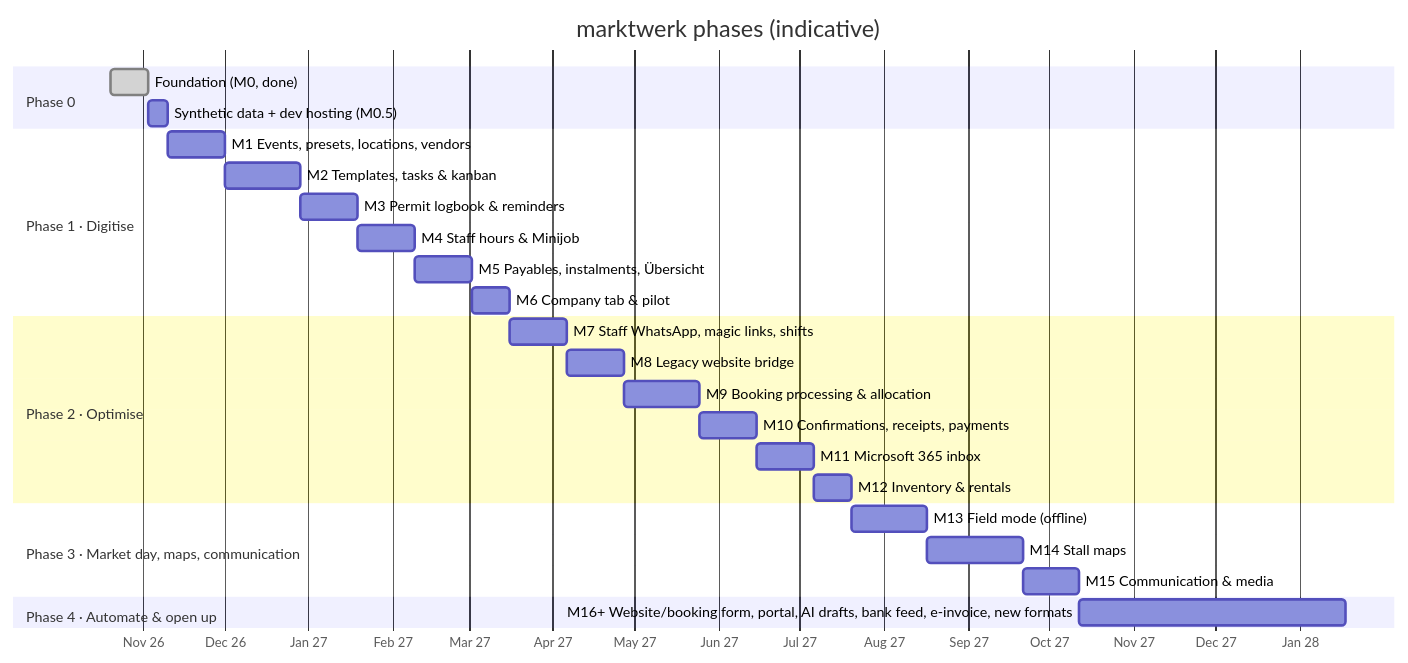
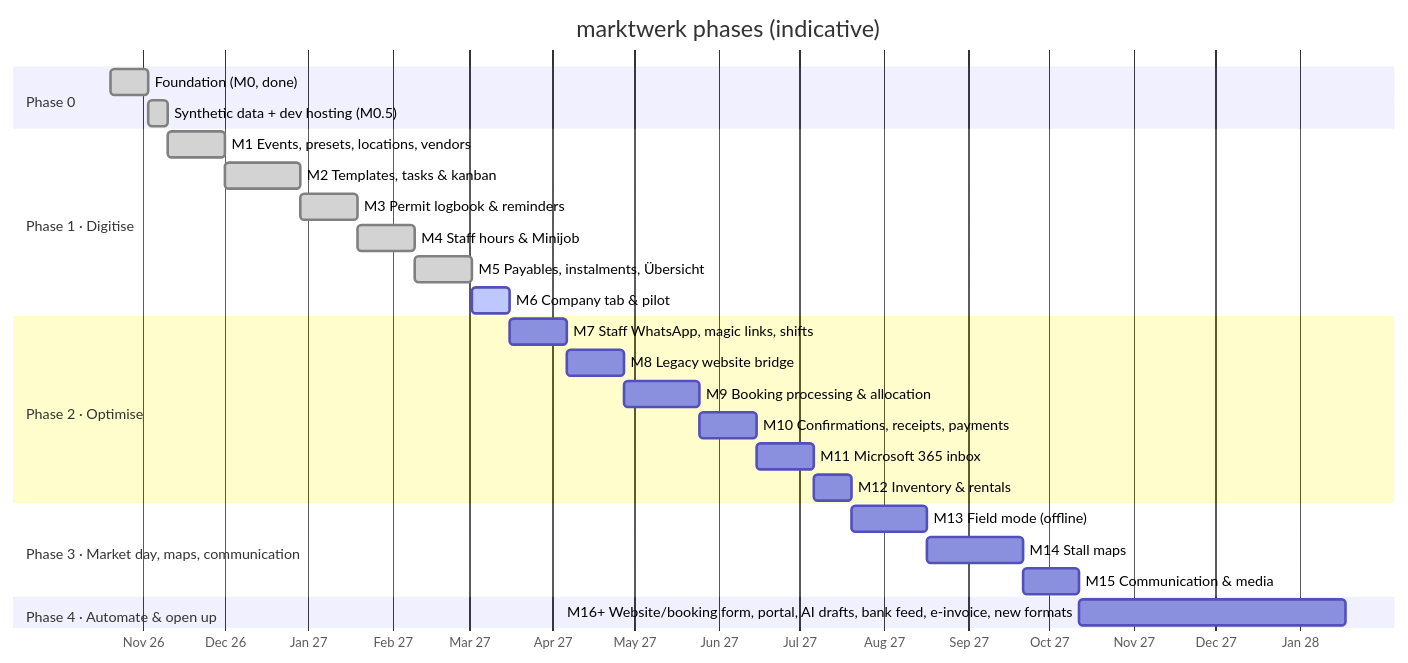
One commit to coelln-konzept/marktwerk changed the diagram in docs/product/roadmap.md. Above: the diagram before and after it, drawn with Mermaid. The commit also changed other lines of this file and 16 other files, not shown here.

First line of the commit message:
docs: one current handoff, roadmap status, superseded decisions marked, archive finished plans

````diff
--- a/docs/product/roadmap.md
+++ b/docs/product/roadmap.md
@@ -16,29 +37,29 @@
 ```mermaid
 gantt
     title marktwerk phases (indicative)
     dateFormat  YYYY-MM-DD
     axisFormat  %b %y
     section Phase 0
     Foundation (M0, done)                    :done, p0, 2026-10-20, 2w
-    Synthetic data + dev hosting (M0.5)      :m05, after p0, 1w
+    Synthetic data + dev hosting (M0.5)      :done, m05, after p0, 1w
     section Phase 1 · Digitise
-    M1 Events, presets, locations, vendors   :m1, after m05, 3w
-    M2 Templates, tasks & kanban             :m2, after m1, 4w
-    M3 Permit logbook & reminders            :m3, after m2, 3w
-    M4 Staff hours & Minijob                 :m4, after m3, 3w
-    M5 Payables, instalments, Übersicht      :m5, after m4, 3w
-    M6 Company tab & pilot                   :m6, after m5, 2w
+    M1 Events, presets, locations, vendors   :done, m1, after m05, 3w
+    M2 Templates, tasks & kanban             :done, m2, after m1, 4w
+    M3 Permit logbook & reminders            :done, m3, after m2, 3w
+    M4 Staff hours & Minijob                 :done, m4, after m3, 3w
+    M5 Payables, instalments, Übersicht      :done, m5, after m4, 3w
+    M6 Company tab & pilot                   :active, m6, after m5, 2w
     section Phase 2 · Optimise
     M7 Staff WhatsApp, magic links, shifts   :m7, after m6, 3w
     M8 Legacy website bridge                 :m8, after m7, 3w
     M9 Booking processing & allocation       :m9, after m8, 4w
     M10 Confirmations, receipts, payments    :m10, after m9, 3w
     M11 Microsoft 365 inbox                  :m11, after m10, 3w
     M12 Inventory & rentals                  :m12, after m11, 2w
     section Phase 3 · Market day, maps, communication
     M13 Field mode (offline)                 :m13, after m12, 4w
     M14 Stall maps                           :m14, after m13, 5w
     M15 Communication & media                :m15, after m14, 3w
     section Phase 4 · Automate & open up
     M16+ Website/booking form, portal, AI drafts, bank feed, e-invoice, new formats :m16, after m15, 14w
 ```
````
